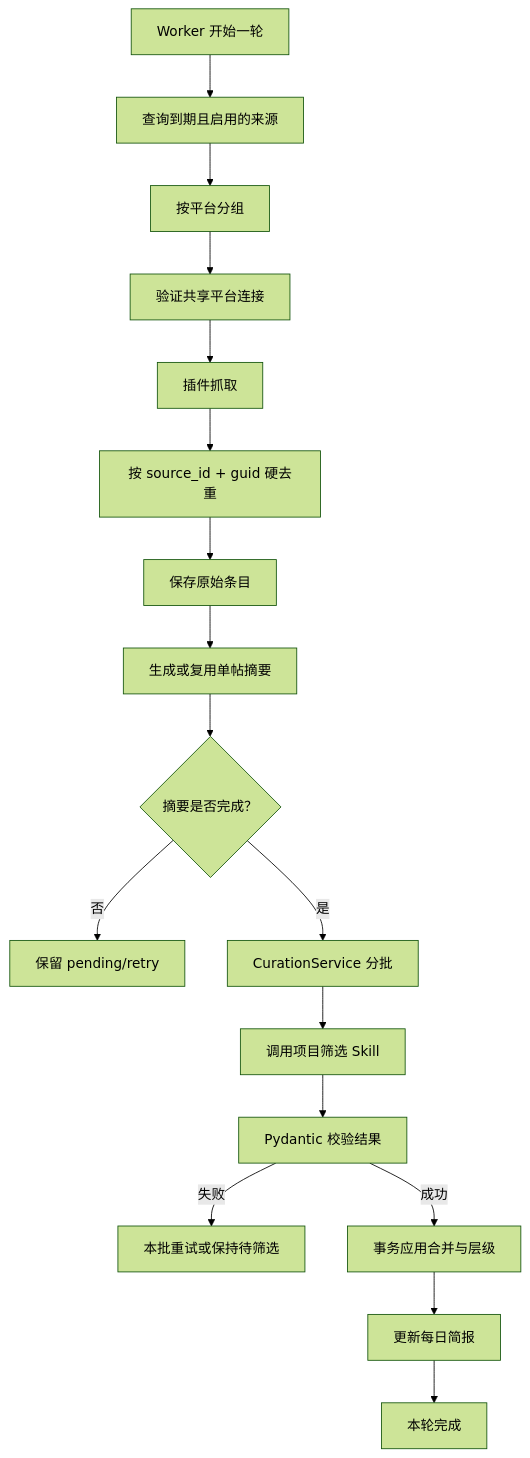
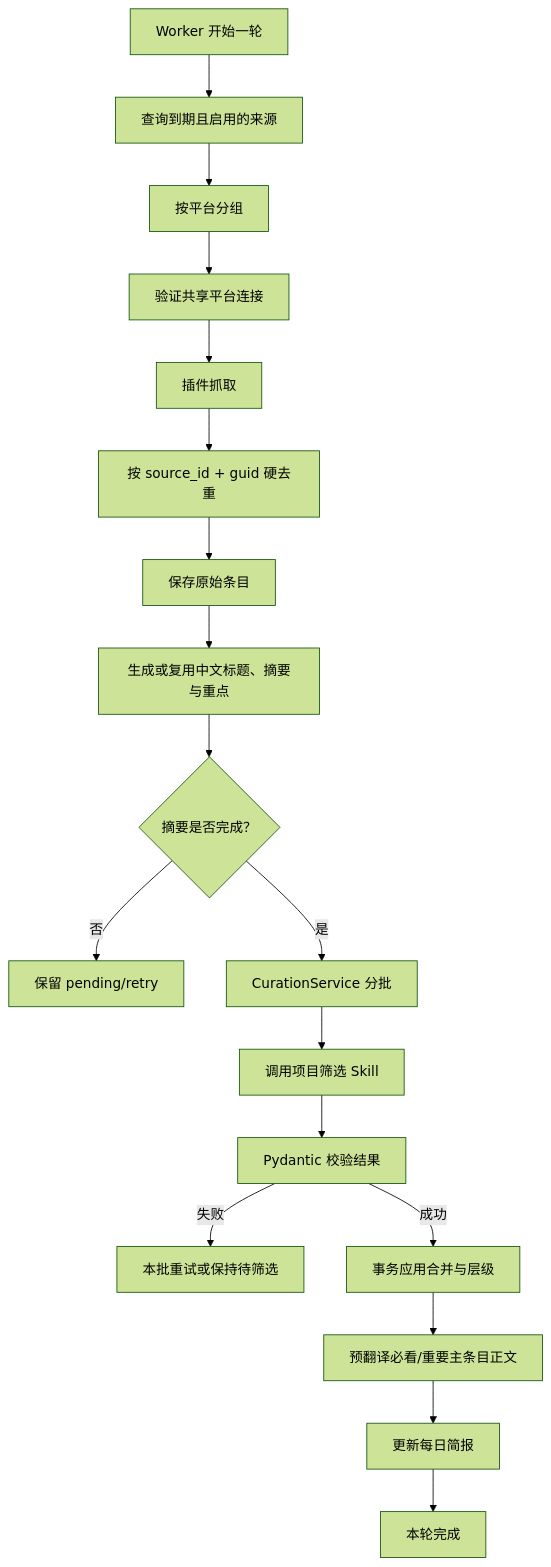
One commit to angelOnly/NewsRssHub changed the third of 6 diagrams in docs/PRODUCT_REQUIREMENTS_AND_ARCHITECTURE.md. Above: the diagram before and after it, drawn with Mermaid (forest theme). The commit also changed other lines of this file and 15 other files, not shown here.

````diff
--- a/docs/PRODUCT_REQUIREMENTS_AND_ARCHITECTURE.md
+++ b/docs/PRODUCT_REQUIREMENTS_AND_ARCHITECTURE.md
@@ -662,19 +681,20 @@
 ```mermaid
 flowchart TD
     START["Worker 开始一轮"] --> DUE["查询到期且启用的来源"]
     DUE --> GROUP["按平台分组"]
     GROUP --> VALIDATE["验证共享平台连接"]
     VALIDATE --> FETCH["插件抓取"]
     FETCH --> HARD["按 source_id + guid 硬去重"]
     HARD --> SAVE["保存原始条目"]
-    SAVE --> SUMMARY["生成或复用单帖摘要"]
+    SAVE --> SUMMARY["生成或复用中文标题、摘要与重点"]
     SUMMARY --> READY{"摘要是否完成？"}
     READY -- "否" --> RETRY["保留 pending/retry"]
     READY -- "是" --> BATCH["CurationService 分批"]
     BATCH --> SKILL["调用项目筛选 Skill"]
     SKILL --> CHECK["Pydantic 校验结果"]
     CHECK -- "失败" --> CUR_RETRY["本批重试或保持待筛选"]
     CHECK -- "成功" --> APPLY["事务应用合并与层级"]
-    APPLY --> BRIEF["更新每日简报"]
+    APPLY --> TRANSLATE["预翻译必看/重要主条目正文"]
+    TRANSLATE --> BRIEF["更新每日简报"]
     BRIEF --> DONE["本轮完成"]
 ```
````
